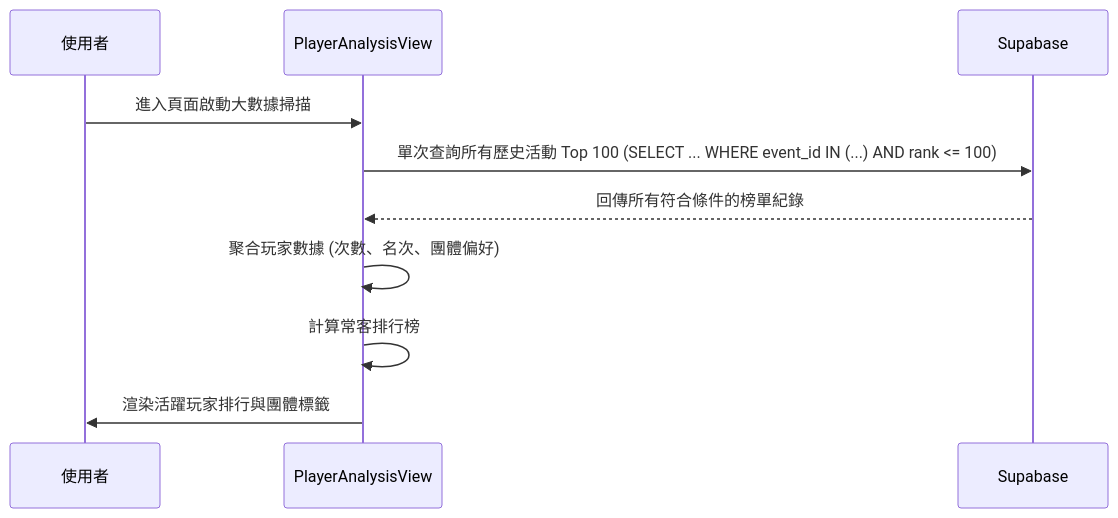
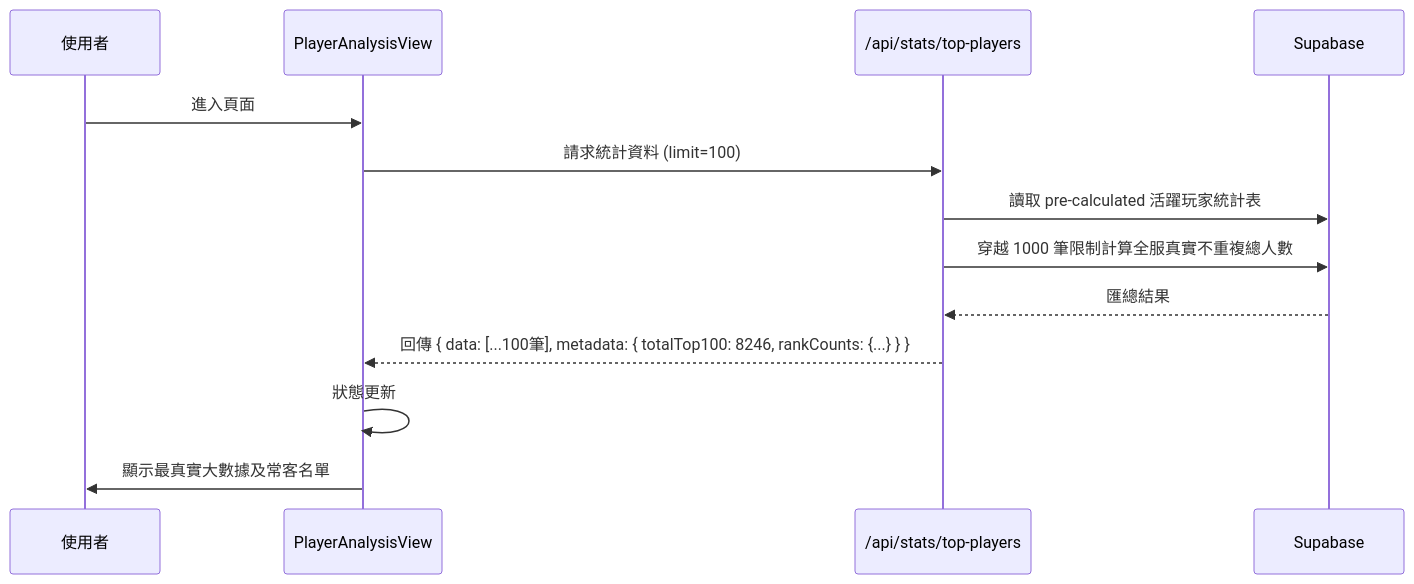
Before and after one commit to rockzerox/Project-Sekai-Ranking: the diagram in docs/PAGE_PLAYER_ANALYSIS.md, drawn with Mermaid. The commit also changed other lines of this file and 4 other files, not shown here.

Commit message:
docs: sync architecture, schema, and page specs with recent analytics and ranking fixes

````diff
--- a/docs/PAGE_PLAYER_ANALYSIS.md
+++ b/docs/PAGE_PLAYER_ANALYSIS.md
@@ -83,13 +80,16 @@
 ```mermaid
 sequenceDiagram
     participant User as 使用者
     participant View as PlayerAnalysisView
+    participant API as /api/stats/top-players
     participant DB as Supabase
-
-    User->>View: 進入頁面啟動大數據掃描
-    View->>DB: 單次查詢所有歷史活動 Top 100 (SELECT ... WHERE event_id IN (...) AND rank <= 100)
-    DB-->>View: 回傳所有符合條件的榜單紀錄
-    View->>View: 聚合玩家數據 (次數、名次、團體偏好)
-    View->>View: 計算常客排行榜
-    View->>User: 渲染活躍玩家排行與團體標籤
+    
+    User->>View: 進入頁面
+    View->>API: 請求統計資料 (limit=100)
+    API->>DB: 讀取 pre-calculated 活躍玩家統計表
+    API->>DB: 穿越 1000 筆限制計算全服真實不重複總人數
+    DB-->>API: 匯總結果
+    API-->>View: 回傳 { data: [...100筆], metadata: { totalTop100: 8246, rankCounts: {...} } }
+    View->>View: 狀態更新
+    View->>User: 顯示最真實大數據及常客名單
 ```
````
